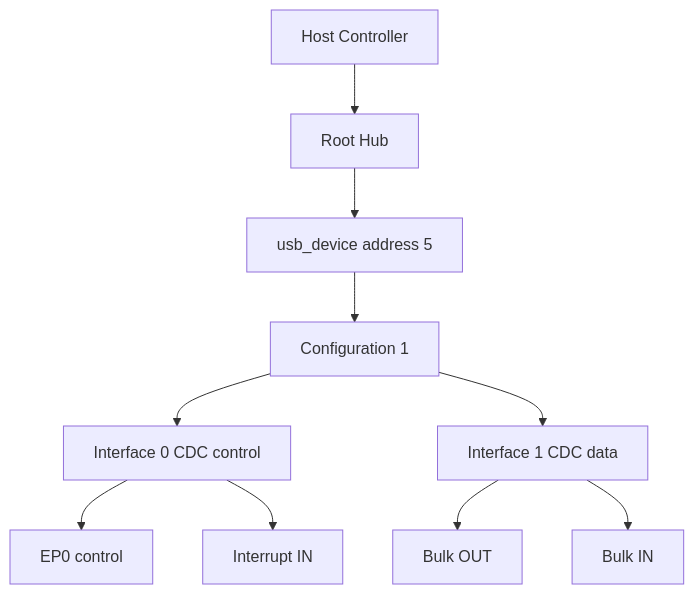
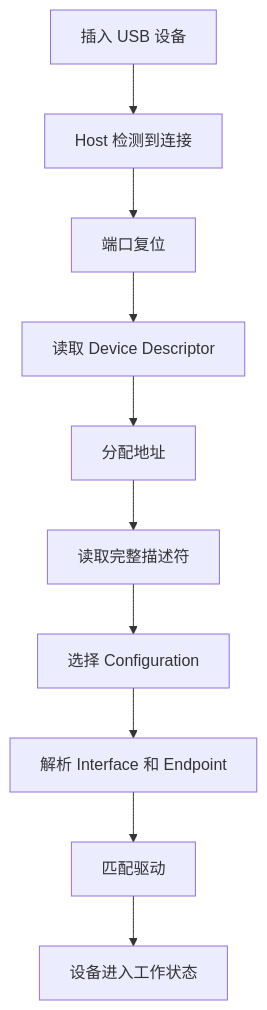
The diagram in docs/articles/usb/usb-01-usb-architecture-enumeration.md (cdragon-ljl/EEandEdgeAI), drawn with Mermaid before and after one commit. The commit also changed other lines of this file and 7 other files, not shown here.

````diff
--- a/docs/articles/usb/usb-01-usb-architecture-enumeration.md
+++ b/docs/articles/usb/usb-01-usb-architecture-enumeration.md
@@ -30,12 +288,12 @@
 ```mermaid
-flowchart TB
-    H[Host Controller] --> RH[Root Hub]
-    RH --> D[usb_device address 5]
-    D --> C[Configuration 1]
-    C --> I0[Interface 0 CDC control]
-    C --> I1[Interface 1 CDC data]
-    I0 --> EP0[EP0 control]
-    I0 --> EPI[Interrupt IN]
-    I1 --> EPO[Bulk OUT]
-    I1 --> EPIN[Bulk IN]
+flowchart TD
+    A[插入 USB 设备] --> B[Host 检测到连接]
+    B --> C[端口复位]
+    C --> D[读取 Device Descriptor]
+    D --> E[分配地址]
+    E --> F[读取完整描述符]
+    F --> G[选择 Configuration]
+    G --> H[解析 Interface 和 Endpoint]
+    H --> I[匹配驱动]
+    I --> J[设备进入工作状态]
 ```
````
